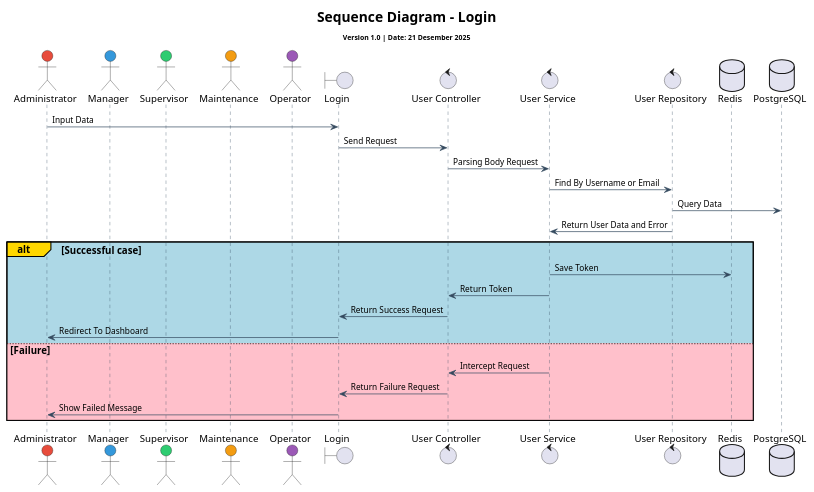
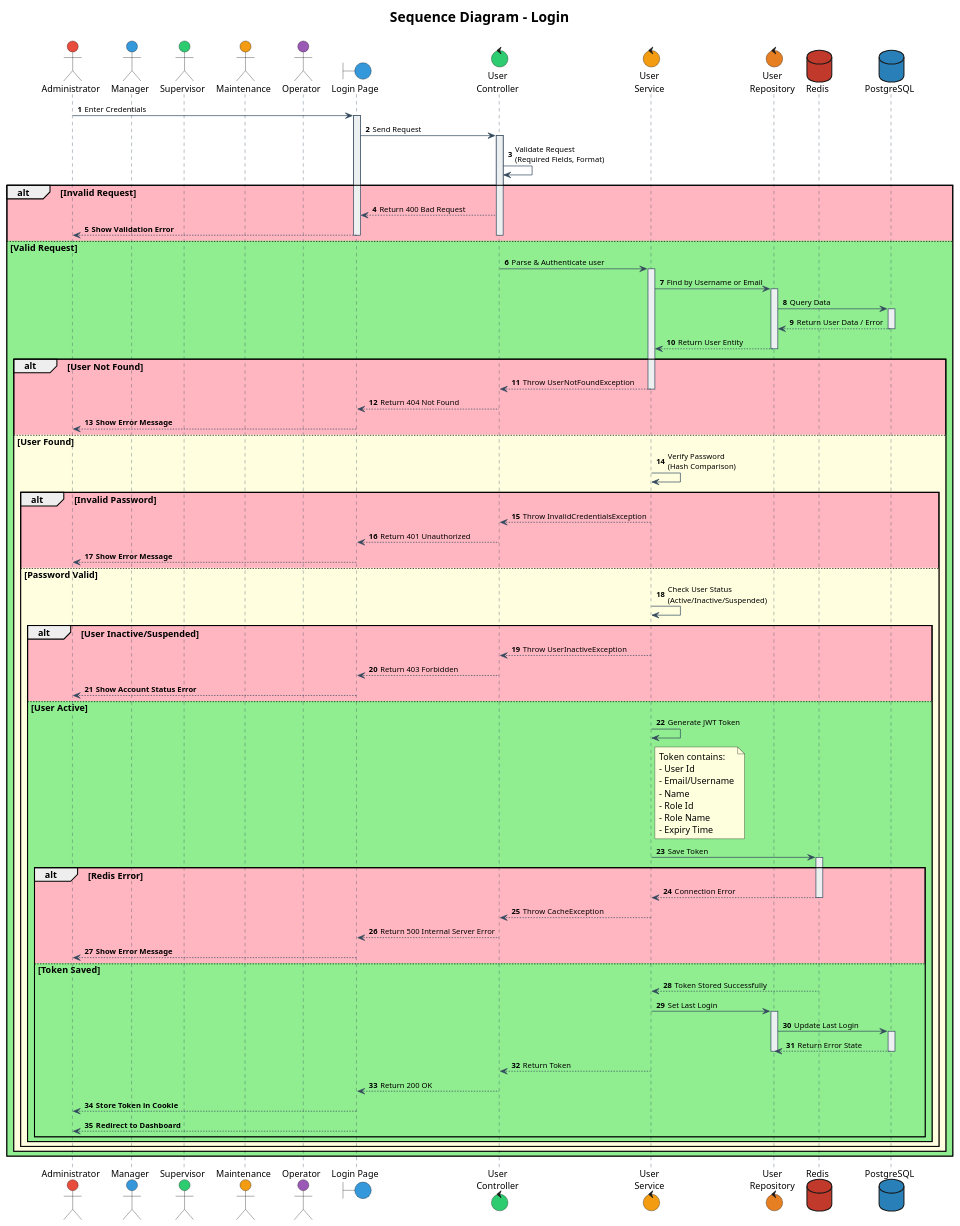
One commit to IntConnect/go-intconnect-api changed the diagram in documents/sequence/authentication/login.puml. Above: the diagram before and after it, drawn with PlantUML. The commit also changed 1 other file, not shown here.

Commit message:
feat(docs): Add sequence diagram for edit and login

```diff
--- a/documents/sequence/authentication/login.puml
+++ b/documents/sequence/authentication/login.puml
@@ -1,59 +1,170 @@
 @startuml
 
-' Definisi ukuran font (bisa diatur sesuai kebutuhan)
-skinparam defaultFontSize 14
+' Font configuration
+skinparam defaultFontSize 13
 skinparam defaultFontName Times New Roman
 
-' Definisi warna dan style untuk participant
+' Participant styling
 skinparam participant {
     BackgroundColor #ECF0F1
     BorderColor #34495E
     FontColor Black
-    FontSize 14
+    FontSize 13
     FontName Times New Roman
 }
 
 skinparam sequence {
     ArrowColor #34495E
     LifeLineBorderColor #34495E
     LifeLineBackgroundColor #ECF0F1
-    ArrowFontSize 12
+    ArrowFontSize 11
     ArrowFontName Times New Roman
 }
 
-' Definisi aktor dengan warna berbeda menggunakan hex color
+' Actors and components
 actor "Administrator" as admin #E74C3C
 actor "Manager" as mgr #3498DB
 actor "Supervisor" as spv #2ECC71
 actor "Maintenance" as mtn #F39C12
 actor "Operator" as op #9B59B6
-boundary "Login" as boundLogin
-control "User Controller" as userController
-control "User Service" as userService
-control "User Repository" as userRepository
-database "Redis" as dbRedis
-database "PostgreSQL" as dbPsql
+boundary "Login Page" as boundLogin #3498DB
+control "User\nController" as userController #2ECC71
+control "User\nService" as userService #F39C12
+control "User\nRepository" as userRepository #E67E22
+database "Redis" as dbRedis #C0392B
+database "PostgreSQL" as dbPsql #2980B9
+
 title
 <size:20><b>Sequence Diagram - Login</b></size>
 ----
-<size:10>Version 1.0 | Date: 21 Desember 2025</size>
 end title
 
-' Contoh interaksi
-admin -> boundLogin: Input Data
+autonumber
+
+' === MAIN FLOW ===
+admin -> boundLogin: Enter Credentials
+activate boundLogin
+
 boundLogin -> userController: Send Request
-userController -> userService: Parsing Body Request
-userService -> userRepository: Find By Username or Email
-userRepository -> dbPsql: Query Data
-userRepository -> userService: Return User Data and Error
-alt#Gold #LightBlue Successful case
-    userService -> dbRedis: Save Token
-    userService -> userController: Return Token
-    userController -> boundLogin: Return Success Request
-    boundLogin -> admin: Redirect To Dashboard
-else #Pink Failure
-    userService -> userController: Intercept Request
-    userController -> boundLogin: Return Failure Request
-    boundLogin -> admin: Show Failed Message
+activate userController
+
+' === REQUEST VALIDATION ===
+userController -> userController: Validate Request\n(Required Fields, Format)
+
+alt #LightPink Invalid Request
+    userController --> boundLogin: Return 400 Bad Request
+    boundLogin --> admin: **Show Validation Error**
+    deactivate userController
+    deactivate boundLogin
+
+else #LightGreen Valid Request
+
+    userController -> userService: Parse & Authenticate user
+    activate userService
+
+    ' === FIND USER IN DATABASE ===
+    userService -> userRepository: Find by Username or Email
+    activate userRepository
+
+    userRepository -> dbPsql: Query Data
+    activate dbPsql
+    dbPsql --> userRepository: Return User Data / Error
+    deactivate dbPsql
+
+    userRepository --> userService: Return User Entity
+    deactivate userRepository
+
+    ' === USER VALIDATION ===
+    alt #LightPink User Not Found
+        userService --> userController: Throw UserNotFoundException
+        deactivate userService
+        userController --> boundLogin: Return 404 Not Found
+        boundLogin --> admin: **Show Error Message**
+        deactivate userController
+        deactivate boundLogin
+
+    else #LightYellow User Found
+
+        ' === PASSWORD VERIFICATION ===
+        userService -> userService: Verify Password\n(Hash Comparison)
+
+        alt #LightPink Invalid Password
+            userService --> userController: Throw InvalidCredentialsException
+            deactivate userService
+            userController --> boundLogin: Return 401 Unauthorized
+            boundLogin --> admin: **Show Error Message**
+            deactivate userController
+            deactivate boundLogin
+
+        else #LightYellow Password Valid
+
+            ' === CHECK USER STATUS ===
+            userService -> userService: Check User Status\n(Active/Inactive/Suspended)
+
+            alt #LightPink User Inactive/Suspended
+                userService --> userController: Throw UserInactiveException
+                deactivate userService
+                userController --> boundLogin: Return 403 Forbidden
+                boundLogin --> admin: **Show Account Status Error**
+                deactivate userController
+                deactivate boundLogin
+
+            else #LightGreen User Active
+
+                ' === GENERATE JWT TOKEN ===
+                userService -> userService: Generate JWT Token
+
+                note right of userService
+                    Token contains:
+                    - User Id
+                    - Email/Username
+                    - Name
+                    - Role Id
+                    - Role Name
+                    - Expiry Time
+                end note
+
+                ' === SAVE TOKEN TO REDIS ===
+                userService -> dbRedis: Save Token
+                activate dbRedis
+
+                alt #LightPink Redis Error
+                    dbRedis --> userService: Connection Error
+                    deactivate dbRedis
+                    userService --> userController: Throw CacheException
+                    deactivate userService
+                    userController --> boundLogin: Return 500 Internal Server Error
+                    boundLogin --> admin: **Show Error Message**
+                    deactivate userController
+                    deactivate boundLogin
+
+                else #LightGreen Token Saved
+                    dbRedis --> userService: Token Stored Successfully
+
+                    ' === UPDATE LAST LOGIN ===
+                    userService -> userRepository: Set Last Login
+                    activate userRepository
+                    userRepository -> dbPsql: Update Last Login
+                    activate dbPsql
+                    dbPsql --> userRepository: Return Error State
+                    deactivate dbPsql
+                    deactivate userRepository
+
+                    ' === RETURN SUCCESS RESPONSE ===
+                    userService --> userController: Return Token
+                    deactivate userService
+
+                    userController --> boundLogin: Return 200 OK
+                    deactivate userController
+
+                    boundLogin --> admin: **Store Token in Cookie**
+                    boundLogin --> admin: **Redirect to Dashboard**
+                    deactivate boundLogin
+
+                end
+            end
+        end
+    end
 end
+
 @enduml
```
